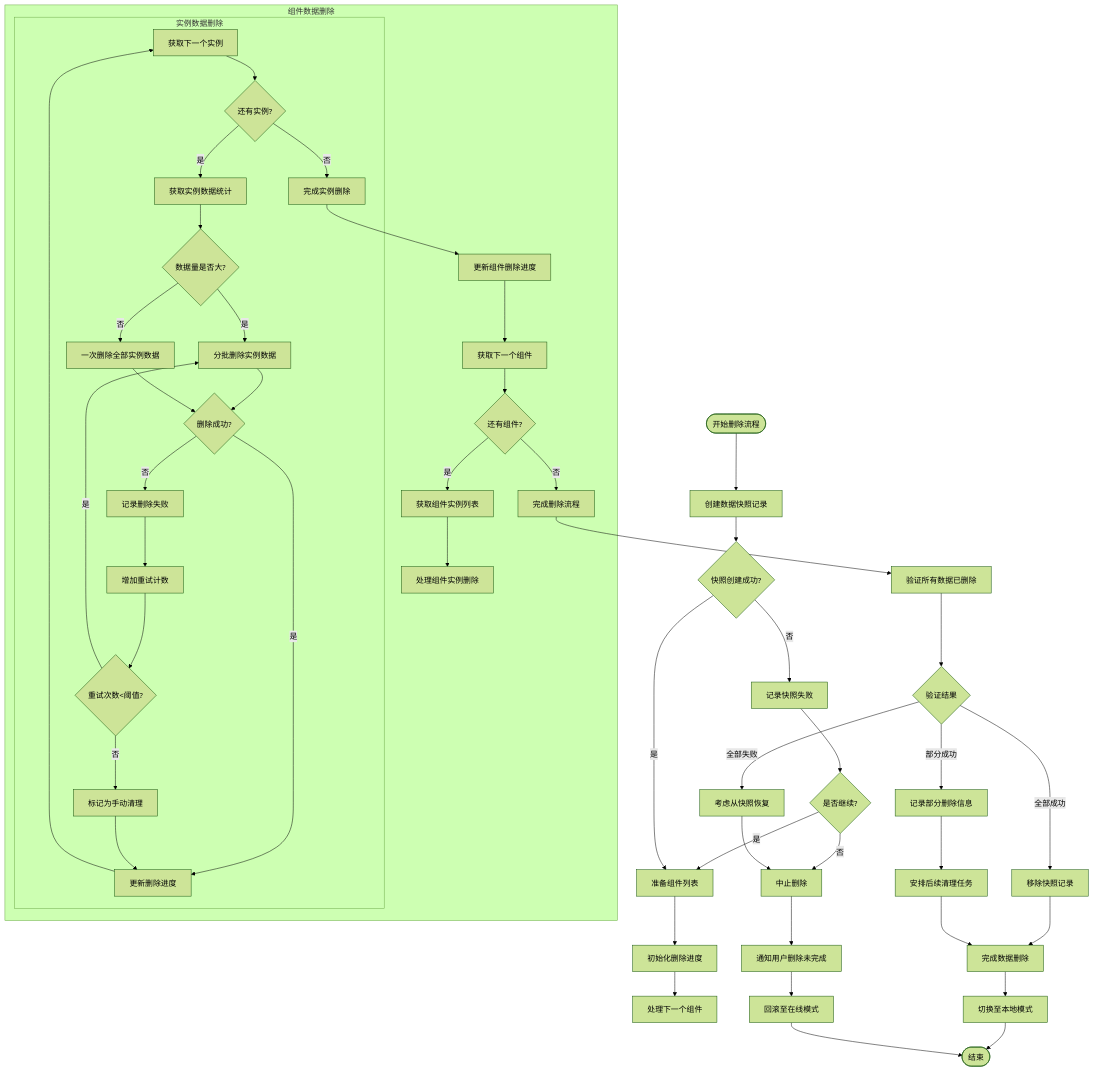
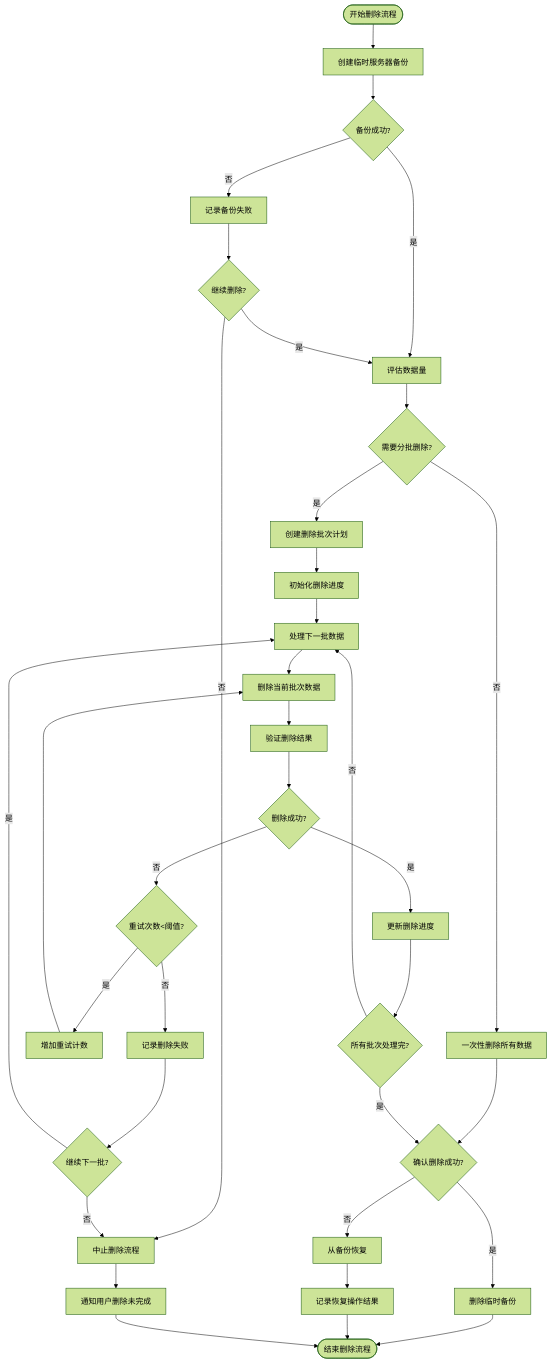
One commit to yingjianzh/iodraw-files changed the diagram in all/未命名-51.md. Above: the diagram before and after it, drawn with Mermaid (forest theme).

Commit message:
2025-05-08 11:44:38 update

````diff
--- a/all/未命名-51.md
+++ b/all/未命名-51.md
@@ -1,65 +1,49 @@
 ```mermaid
 flowchart TD
-    Start([开始删除流程]) --> CreateSnapshot[创建数据快照记录]
-    CreateSnapshot --> CheckSnapshot{快照创建成功?}
+    Start([开始删除流程]) --> CreateBackup[创建临时服务器备份]
+    CreateBackup --> BackupOK{备份成功?}
+    BackupOK -->|否| LogBackupFail[记录备份失败]
+    BackupOK -->|是| EstimateSize[评估数据量]
     
-    CheckSnapshot -->|否| LogSnapshotFail[记录快照失败]
-    LogSnapshotFail --> AskContinue{是否继续?}
-    AskContinue -->|否| AbortDeletion[中止删除]
-    AskContinue -->|是| PrepareComponentList[准备组件列表]
+    LogBackupFail --> Proceed{继续删除?}
+    Proceed -->|否| Abort[中止删除流程]
+    Proceed -->|是| EstimateSize
     
-    CheckSnapshot -->|是| PrepareComponentList
+    EstimateSize --> ShouldChunk{需要分批删除?}
+    ShouldChunk -->|否| DeleteAll[一次性删除所有数据]
+    ShouldChunk -->|是| CreateChunks[创建删除批次计划]
     
-    PrepareComponentList --> InitDeleteProgress[初始化删除进度]
-    InitDeleteProgress --> ProcessNextComponent[处理下一个组件]
+    CreateChunks --> InitDeleteProgress[初始化删除进度]
+    InitDeleteProgress --> NextChunk[处理下一批数据]
     
-    subgraph ComponentDeletion [组件数据删除]
-        PC1[获取下一个组件] --> PC2{还有组件?}
-        PC2 -->|否| CompleteDeletion[完成删除流程]
-        PC2 -->|是| PC3[获取组件实例列表]
-        
-        PC3 --> PC4[处理组件实例删除]
-        
-        subgraph InstanceDeletion [实例数据删除]
-            ID1[获取下一个实例] --> ID2{还有实例?}
-            ID2 -->|否| ID8[完成实例删除]
-            ID2 -->|是| ID3[获取实例数据统计]
-            ID3 --> ID4{数据量是否大?}
-            ID4 -->|是| ID5[分批删除实例数据]
-            ID4 -->|否| ID6[一次删除全部实例数据]
-            ID5 --> ID7{删除成功?}
-            ID6 --> ID7
-            ID7 -->|是| ID9[更新删除进度]
-            ID7 -->|否| ID10[记录删除失败]
-            ID10 --> ID11[增加重试计数]
-            ID11 --> ID12{重试次数<阈值?}
-            ID12 -->|是| ID5
-            ID12 -->|否| ID13[标记为手动清理]
-            ID13 --> ID9
-            ID9 --> ID1
-        end
-        
-        ID8 --> PC5[更新组件删除进度]
-        PC5 --> PC1
-    end
+    DeleteAll --> ConfirmDelete{确认删除成功?}
+    NextChunk --> DeleteChunk[删除当前批次数据]
+    DeleteChunk --> VerifyDeletion[验证删除结果]
     
-    CompleteDeletion --> VerifyAllDeleted[验证所有数据已删除]
-    VerifyAllDeleted --> DeletionResult{验证结果}
+    VerifyDeletion --> DeleteResult{删除成功?}
+    DeleteResult -->|是| UpdateProgress[更新删除进度]
+    DeleteResult -->|否| RetryDelete{重试次数<阈值?}
     
-    DeletionResult -->|全部成功| RemoveSnapshot[移除快照记录]
-    DeletionResult -->|部分成功| LogPartialDeletion[记录部分删除信息]
-    DeletionResult -->|全部失败| RestoreFromSnapshot[考虑从快照恢复]
+    RetryDelete -->|是| IncrementRetry[增加重试计数]
+    RetryDelete -->|否| LogFailure[记录删除失败]
     
-    LogPartialDeletion --> ScheduleCleanup[安排后续清理任务]
-    RestoreFromSnapshot --> AbortDeletion
+    IncrementRetry --> DeleteChunk
+    LogFailure --> ContinueNext{继续下一批?}
     
-    RemoveSnapshot --> DeletionComplete[完成数据删除]
-    ScheduleCleanup --> DeletionComplete
+    UpdateProgress --> AllChunksProcessed{所有批次处理完?}
+    AllChunksProcessed -->|否| NextChunk
+    AllChunksProcessed -->|是| ConfirmDelete
     
-    DeletionComplete --> SwitchToLocalMode[切换至本地模式]
-    SwitchToLocalMode --> End([结束])
+    ContinueNext -->|是| NextChunk
+    ContinueNext -->|否| Abort
     
-    AbortDeletion --> NotifyUser[通知用户删除未完成]
-    NotifyUser --> RollbackToOnline[回滚至在线模式]
-    RollbackToOnline --> End
+    ConfirmDelete -->|是| RemoveBackup[删除临时备份]
+    ConfirmDelete -->|否| RestoreFromBackup[从备份恢复]
+    
+    RemoveBackup --> End([结束删除流程])
+    RestoreFromBackup --> LogRestoreResult[记录恢复操作结果]
+    LogRestoreResult --> End
+    
+    Abort --> NotifyUser[通知用户删除未完成]
+    NotifyUser --> End
 ```
````
